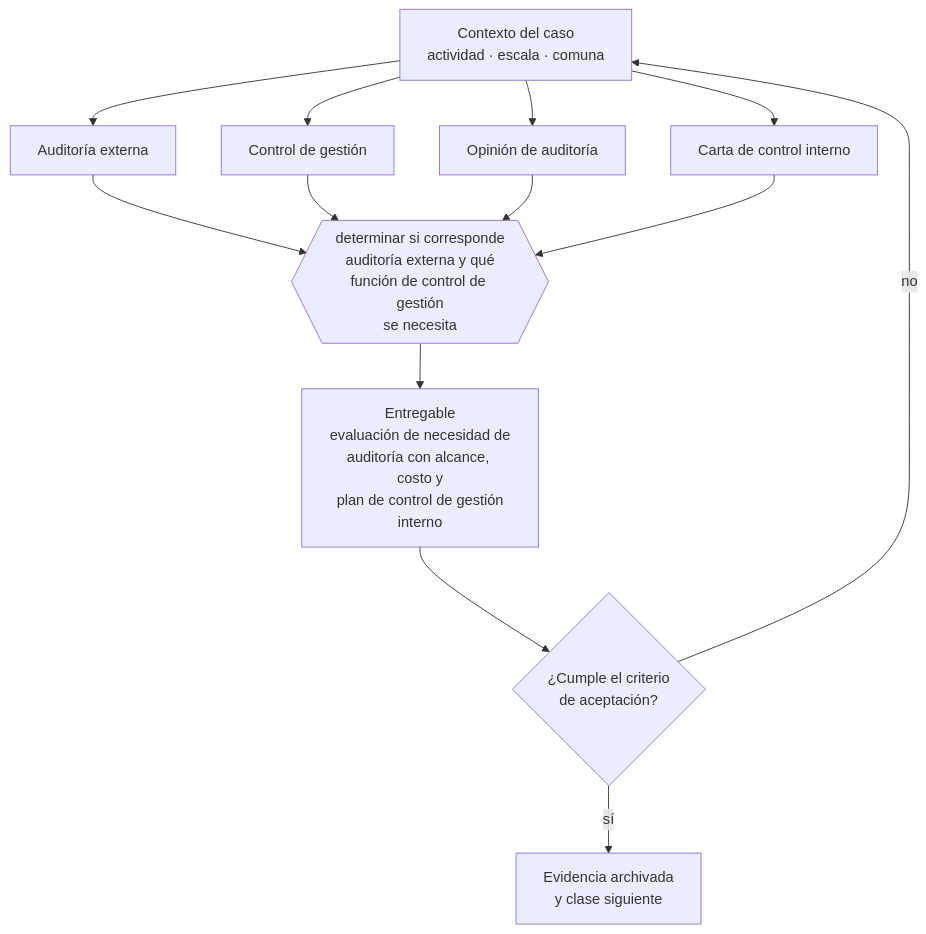
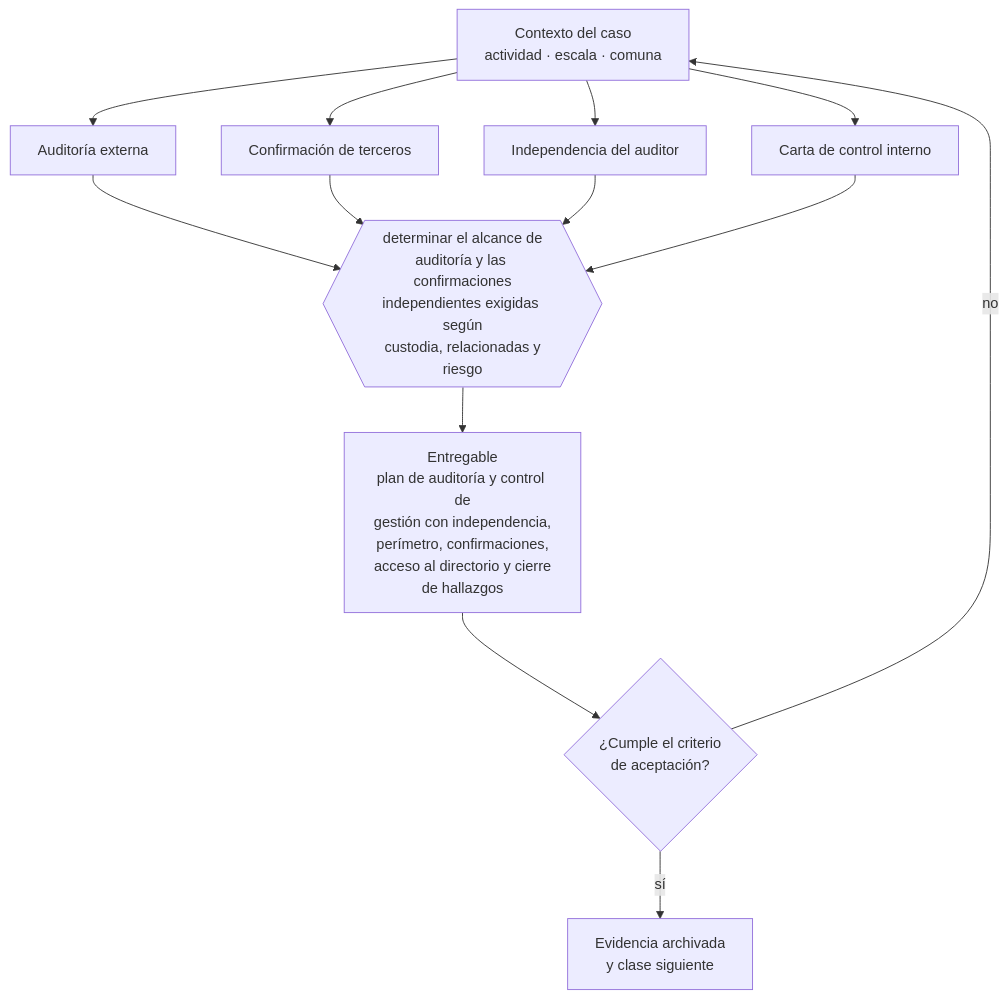
One commit to vladimiracunadev-create/modern-business-creation-program changed the diagram in curriculum/part-20-escalamiento-organizacion-y-gobierno-avanzado/class-12-auditoria-externa-y-control-de-gestion/README.md. Above: the diagram before and after it, drawn with Mermaid. The commit also changed other lines of this file and 32 other files, not shown here.

````diff
--- a/curriculum/part-20-escalamiento-organizacion-y-gobierno-avanzado/class-12-auditoria-externa-y-control-de-gestion/README.md
+++ b/curriculum/part-20-escalamiento-organizacion-y-gobierno-avanzado/class-12-auditoria-externa-y-control-de-gestion/README.md
@@ -34,13 +34,13 @@
 ```mermaid
 flowchart TB
     C["Contexto del caso<br/>actividad · escala · comuna"]
     C --> A1["Auditoría externa"]
-    C --> A2["Control de gestión"]
-    C --> A3["Opinión de auditoría"]
+    C --> A2["Confirmación de terceros"]
+    C --> A3["Independencia del auditor"]
     C --> A4["Carta de control interno"]
-    A1 & A2 & A3 & A4 --> D{{"determinar si corresponde<br/>auditoría externa y qué<br/>función de control de gestión<br/>se necesita"}}
-    D --> E["Entregable<br/>evaluación de necesidad de<br/>auditoría con alcance, costo y<br/>plan de control de gestión<br/>interno"]
+    A1 & A2 & A3 & A4 --> D{{"determinar el alcance de<br/>auditoría y las confirmaciones<br/>independientes exigidas según<br/>custodia, relacionadas y<br/>riesgo"}}
+    D --> E["Entregable<br/>plan de auditoría y control de<br/>gestión con independencia,<br/>perímetro, confirmaciones,<br/>acceso al directorio y cierre<br/>de hallazgos"]
     E --> V{"¿Cumple el criterio<br/>de aceptación?"}
     V -->|sí| S["Evidencia archivada<br/>y clase siguiente"]
     V -->|no| C
 ```
````
